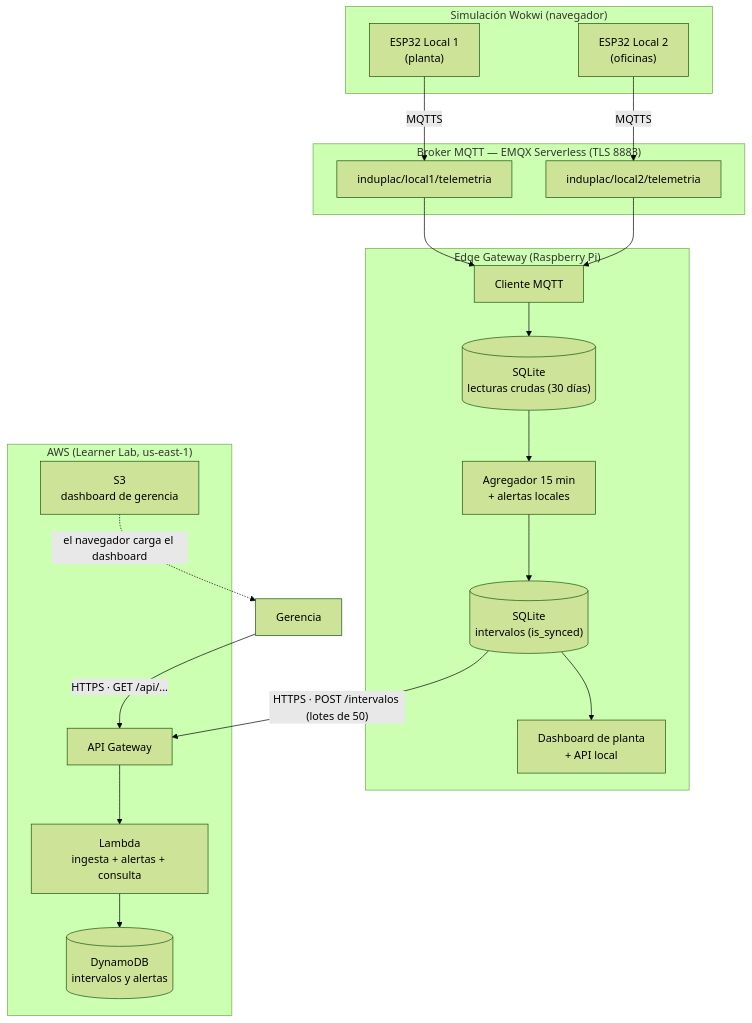
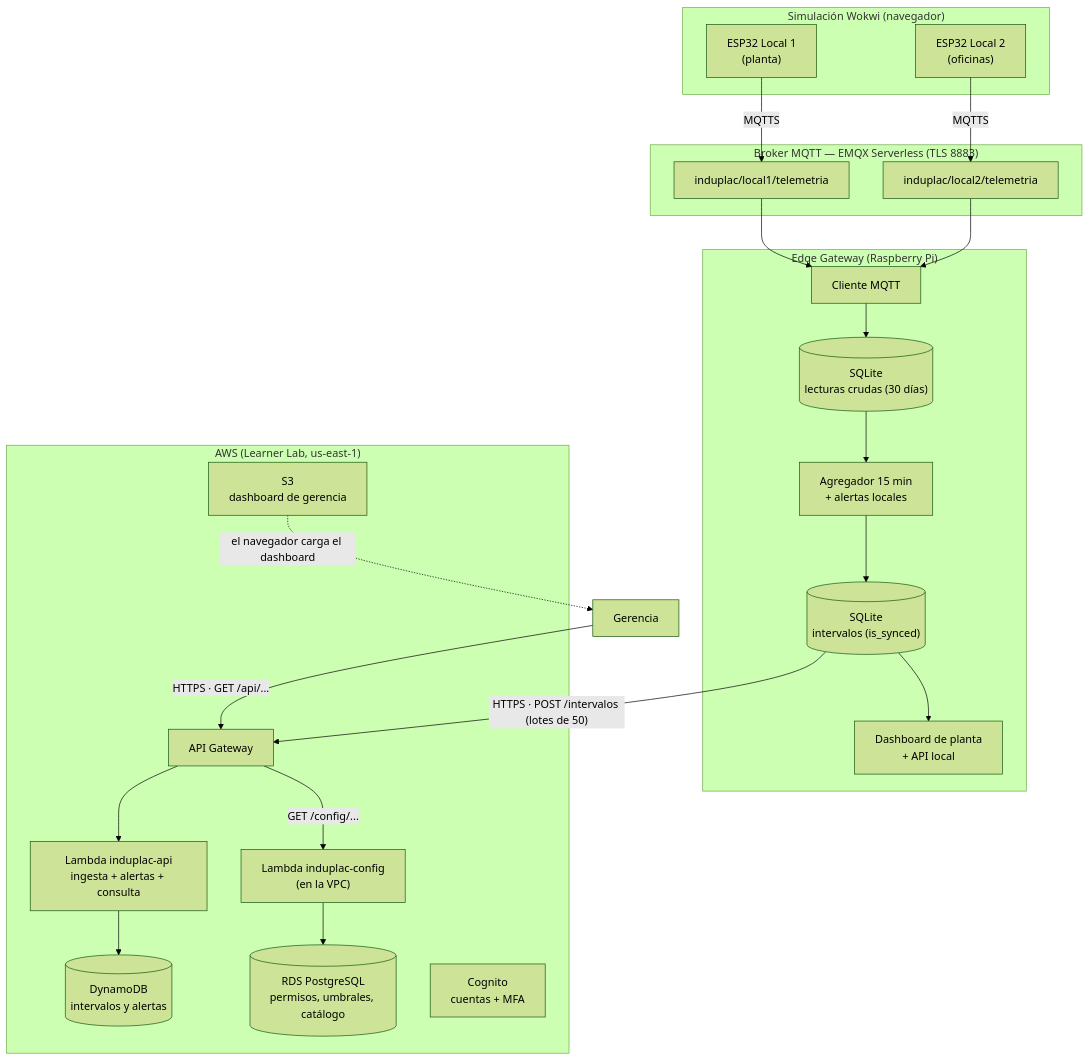
Before and after one commit to Aburahamu20/Induplac: the second of 3 diagrams in README.md, drawn with Mermaid (forest theme). The commit also changed other lines of this file and 10 other files, not shown here.

````diff
--- a/README.md
+++ b/README.md
@@ -562,38 +562,42 @@
 ```mermaid
 flowchart TD
     subgraph WOKWI["Simulación Wokwi (navegador)"]
         ESP1["ESP32 Local 1<br/>(planta)"]
         ESP2["ESP32 Local 2<br/>(oficinas)"]
     end
 
     subgraph BROKER["Broker MQTT — EMQX Serverless (TLS 8883)"]
         T1["induplac/local1/telemetria"]
         T2["induplac/local2/telemetria"]
     end
 
     subgraph EDGE["Edge Gateway (Raspberry Pi)"]
         MQ["Cliente MQTT"]
         CRUDO[("SQLite<br/>lecturas crudas (30 días)")]
         AGR["Agregador 15 min<br/>+ alertas locales"]
         INT[("SQLite<br/>intervalos (is_synced)")]
         DLOC["Dashboard de planta<br/>+ API local"]
     end
 
     subgraph AWS["AWS (Learner Lab, us-east-1)"]
         APIGW["API Gateway"]
-        LAMBDA["Lambda<br/>ingesta + alertas + consulta"]
+        LAMBDA["Lambda induplac-api<br/>ingesta + alertas + consulta"]
         DDB[("DynamoDB<br/>intervalos y alertas")]
+        LCFG["Lambda induplac-config<br/>(en la VPC)"]
+        RDS[("RDS PostgreSQL<br/>permisos, umbrales, catálogo")]
+        COG["Cognito<br/>cuentas + MFA"]
         S3["S3<br/>dashboard de gerencia"]
     end
 
     ESP1 -->|MQTTS| T1
     ESP2 -->|MQTTS| T2
     T1 --> MQ
     T2 --> MQ
     MQ --> CRUDO --> AGR --> INT
     INT --> DLOC
     INT -->|"HTTPS · POST /intervalos (lotes de 50)"| APIGW
     APIGW --> LAMBDA --> DDB
+    APIGW -->|"GET /config/..."| LCFG --> RDS
     S3 -.->|"el navegador carga el dashboard"| USR["Gerencia"]
     USR -->|"HTTPS · GET /api/..."| APIGW
 ```
````
